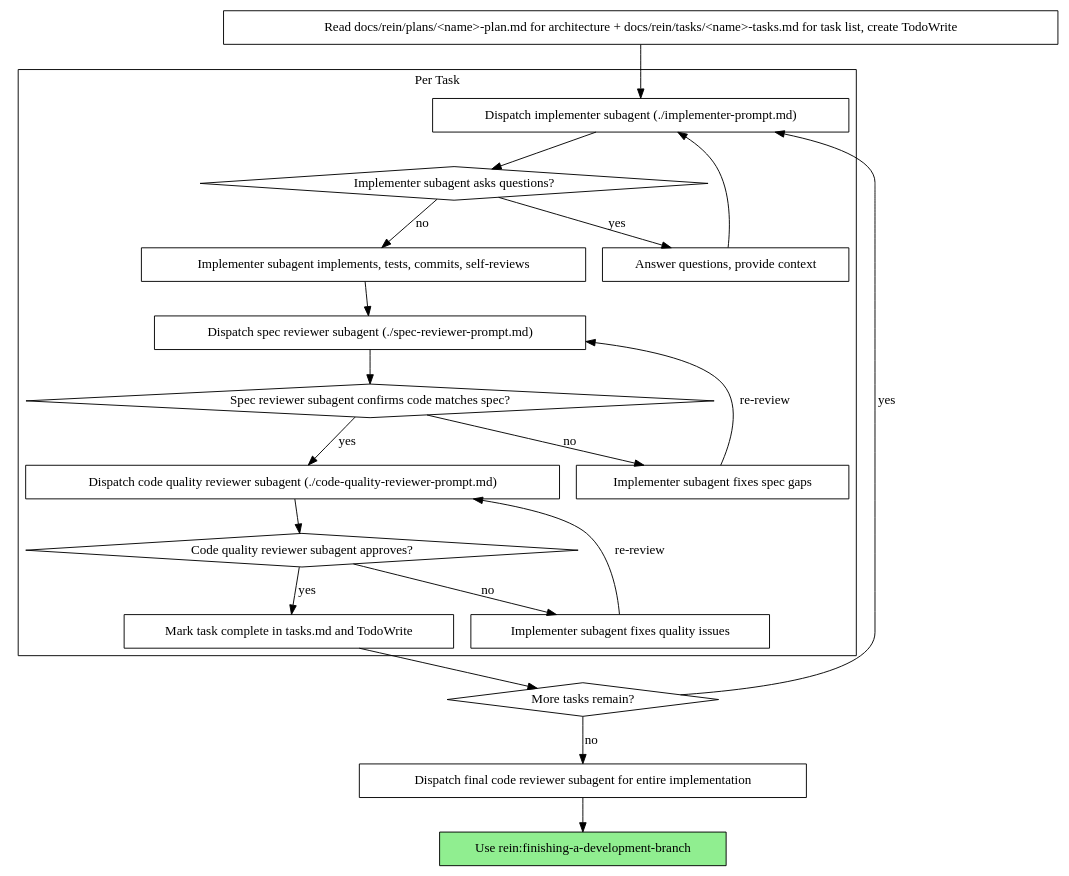
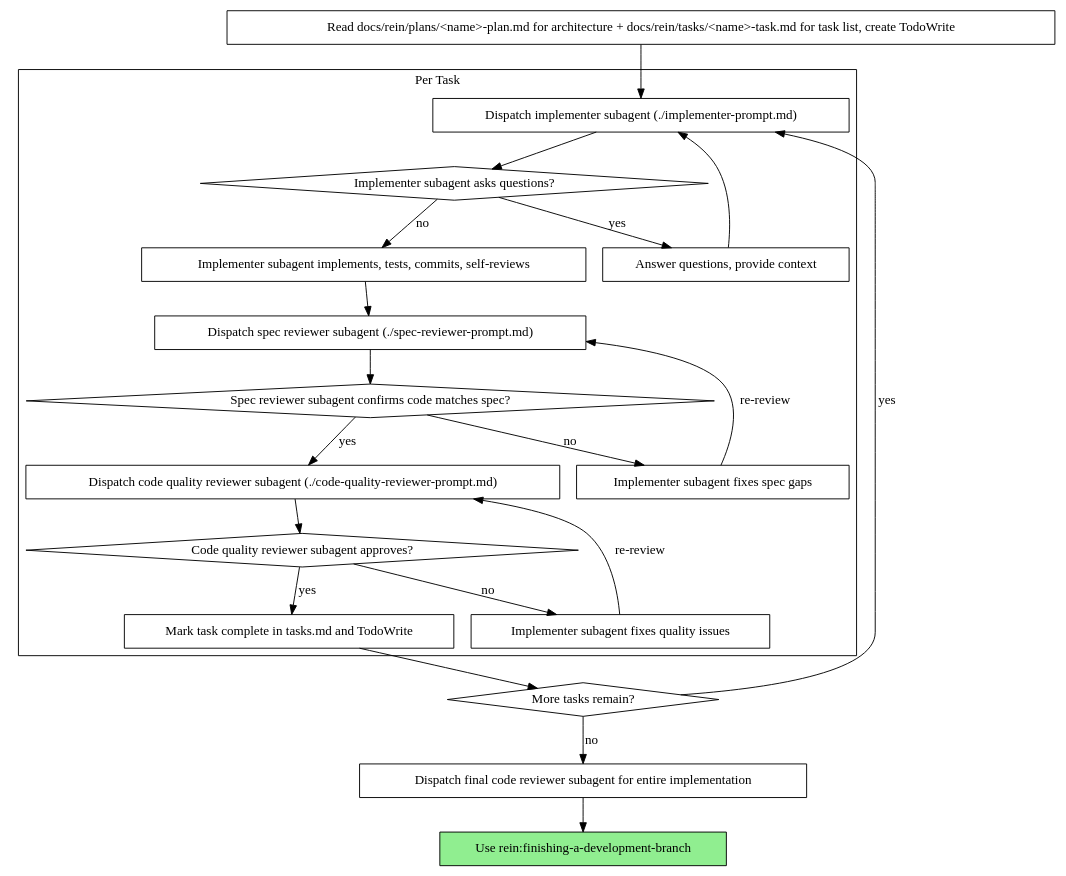
The second of 2 diagrams in skills/subagent/SKILL.md (zhoupihua/rein), drawn with Graphviz before and after one commit. The commit also changed other lines of this file and 6 other files, not shown here.

Commit message:
style: unify artifact suffixes to singular — spec, plan, task

````diff
--- a/skills/subagent/SKILL.md
+++ b/skills/subagent/SKILL.md
@@ -42,44 +42,44 @@
 ```dot
 digraph process {
     rankdir=TB;
 
     subgraph cluster_per_task {
         label="Per Task";
         "Dispatch implementer subagent (./implementer-prompt.md)" [shape=box];
         "Implementer subagent asks questions?" [shape=diamond];
         "Answer questions, provide context" [shape=box];
         "Implementer subagent implements, tests, commits, self-reviews" [shape=box];
         "Dispatch spec reviewer subagent (./spec-reviewer-prompt.md)" [shape=box];
         "Spec reviewer subagent confirms code matches spec?" [shape=diamond];
         "Implementer subagent fixes spec gaps" [shape=box];
         "Dispatch code quality reviewer subagent (./code-quality-reviewer-prompt.md)" [shape=box];
         "Code quality reviewer subagent approves?" [shape=diamond];
         "Implementer subagent fixes quality issues" [shape=box];
         "Mark task complete in tasks.md and TodoWrite" [shape=box];
     }
 
-    "Read docs/rein/plans/<name>-plan.md for architecture + docs/rein/tasks/<name>-tasks.md for task list, create TodoWrite" [shape=box];
+    "Read docs/rein/plans/<name>-plan.md for architecture + docs/rein/tasks/<name>-task.md for task list, create TodoWrite" [shape=box];
     "More tasks remain?" [shape=diamond];
     "Dispatch final code reviewer subagent for entire implementation" [shape=box];
     "Use rein:finishing-a-development-branch" [shape=box style=filled fillcolor=lightgreen];
 
-    "Read docs/rein/plans/<name>-plan.md for architecture + docs/rein/tasks/<name>-tasks.md for task list, create TodoWrite" -> "Dispatch implementer subagent (./implementer-prompt.md)";
+    "Read docs/rein/plans/<name>-plan.md for architecture + docs/rein/tasks/<name>-task.md for task list, create TodoWrite" -> "Dispatch implementer subagent (./implementer-prompt.md)";
     "Dispatch implementer subagent (./implementer-prompt.md)" -> "Implementer subagent asks questions?";
     "Implementer subagent asks questions?" -> "Answer questions, provide context" [label="yes"];
     "Answer questions, provide context" -> "Dispatch implementer subagent (./implementer-prompt.md)";
     "Implementer subagent asks questions?" -> "Implementer subagent implements, tests, commits, self-reviews" [label="no"];
     "Implementer subagent implements, tests, commits, self-reviews" -> "Dispatch spec reviewer subagent (./spec-reviewer-prompt.md)";
     "Dispatch spec reviewer subagent (./spec-reviewer-prompt.md)" -> "Spec reviewer subagent confirms code matches spec?";
     "Spec reviewer subagent confirms code matches spec?" -> "Implementer subagent fixes spec gaps" [label="no"];
     "Implementer subagent fixes spec gaps" -> "Dispatch spec reviewer subagent (./spec-reviewer-prompt.md)" [label="re-review"];
     "Spec reviewer subagent confirms code matches spec?" -> "Dispatch code quality reviewer subagent (./code-quality-reviewer-prompt.md)" [label="yes"];
     "Dispatch code quality reviewer subagent (./code-quality-reviewer-prompt.md)" -> "Code quality reviewer subagent approves?";
     "Code quality reviewer subagent approves?" -> "Implementer subagent fixes quality issues" [label="no"];
     "Implementer subagent fixes quality issues" -> "Dispatch code quality reviewer subagent (./code-quality-reviewer-prompt.md)" [label="re-review"];
     "Code quality reviewer subagent approves?" -> "Mark task complete in tasks.md and TodoWrite" [label="yes"];
     "Mark task complete in tasks.md and TodoWrite" -> "More tasks remain?";
     "More tasks remain?" -> "Dispatch implementer subagent (./implementer-prompt.md)" [label="yes"];
     "More tasks remain?" -> "Dispatch final code reviewer subagent for entire implementation" [label="no"];
     "Dispatch final code reviewer subagent for entire implementation" -> "Use rein:finishing-a-development-branch";
 }
 ```
````
